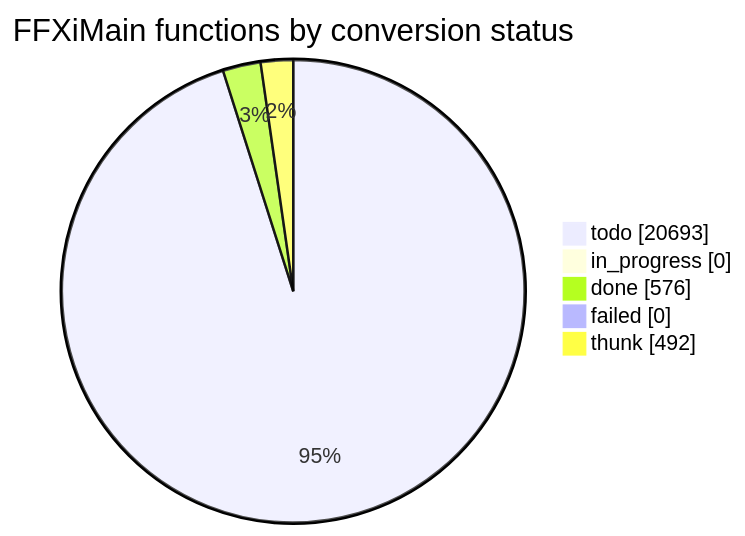
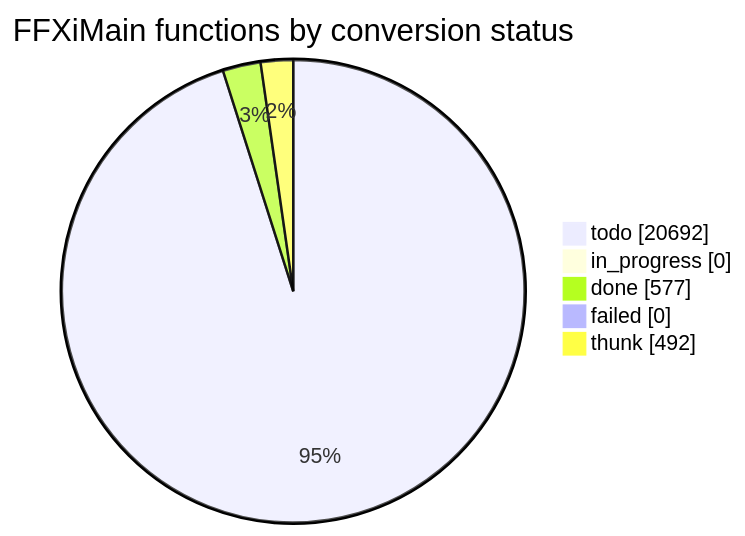
The diagram in docs/cow/STATUS.md (cowrevenge/cow_kuluu_xi_anything), drawn with Mermaid before and after one commit. The commit also changed other lines of this file and 9 other files, not shown here.

````diff
--- a/docs/cow/STATUS.md
+++ b/docs/cow/STATUS.md
@@ -18,9 +18,9 @@
 ```mermaid
 pie showData
     title FFXiMain functions by conversion status
-    "todo" : 20693
+    "todo" : 20692
     "in_progress" : 0
-    "done" : 576
+    "done" : 577
     "failed" : 0
     "thunk" : 492
 ```
````
